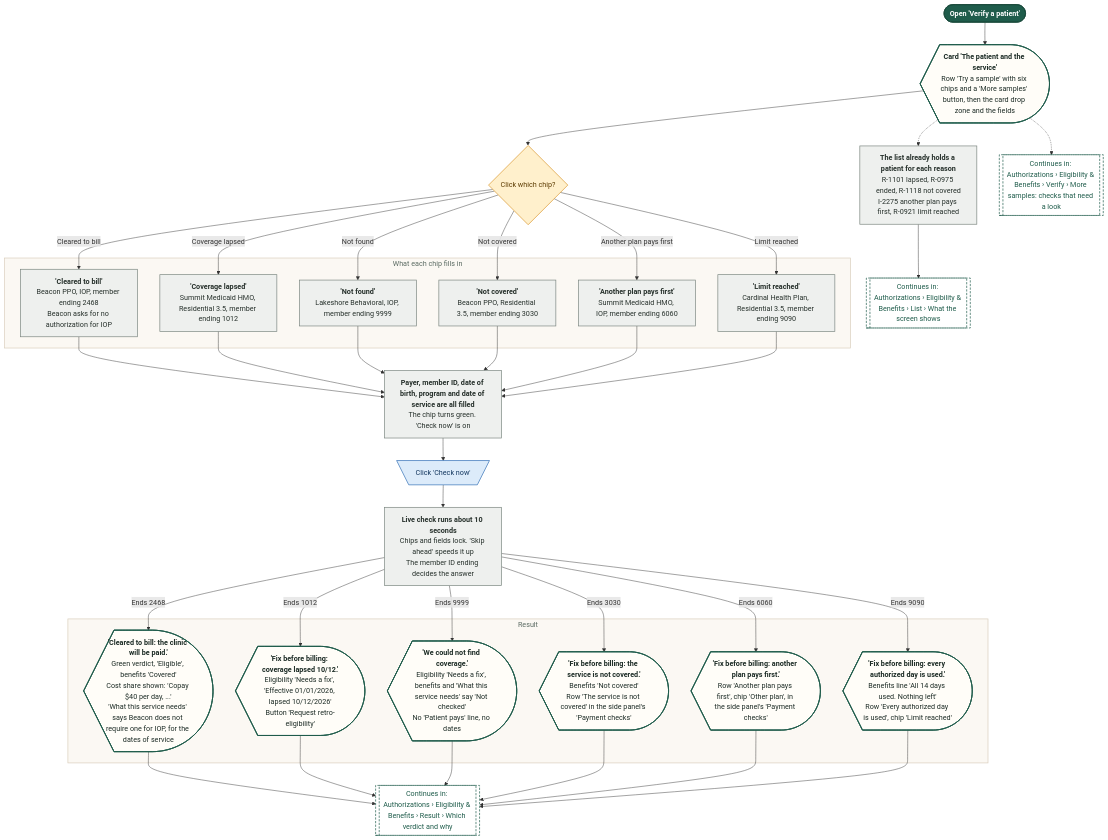
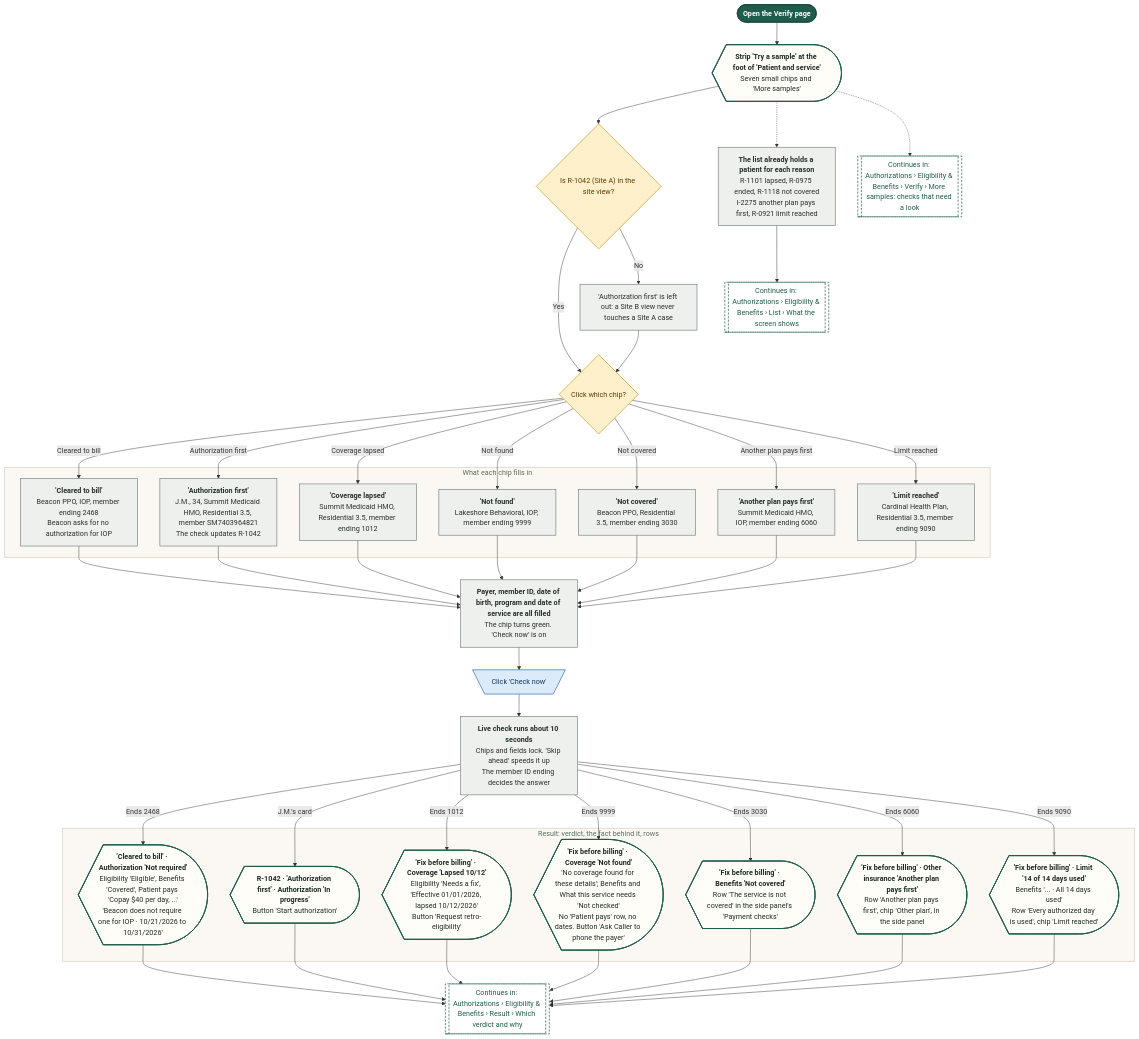
Before and after one commit to Shrav143/psyfloapp: the sixth of 28 diagrams in demos/prior-auth-demo/workflows/out/md/05-eligibility.md, drawn with Mermaid. The commit also changed other lines of this file and 202 other files, not shown here.

First line of the commit message:
docs: round 6 README, CONVENTIONS, spec section 17, diagram module blurbs and 336 rebuilt diagrams

````diff
--- a/demos/prior-auth-demo/workflows/out/md/05-eligibility.md
+++ b/demos/prior-auth-demo/workflows/out/md/05-eligibility.md
@@ -498,71 +416,79 @@
 ```mermaid
 %%{init: {"theme":"base","themeVariables":{"fontFamily":"'DM Sans', 'Segoe UI', system-ui, sans-serif","fontSize":"15px","lineColor":"#5B6B63","primaryTextColor":"#1C2B25","clusterBkg":"#FBF8F3","clusterBorder":"#D9CDBB","edgeLabelBackground":"#FFFFFF"},"flowchart":{"curve":"basis","nodeSpacing":36,"rankSpacing":48,"padding":12,"htmlLabels":true,"useMaxWidth":false,"wrappingWidth":230}} }%%
 flowchart TD
   classDef k_start fill:#1F5C4B,stroke:#174638,color:#FFFFFF,stroke-width:1.5px,font-weight:600
   classDef k_end fill:#DDEFE3,stroke:#2E7D4F,color:#14502F,stroke-width:1.5px,font-weight:600
   classDef k_endx fill:#FBE3E0,stroke:#C0392B,color:#7A1F16,stroke-width:1.5px,font-weight:600
   classDef k_screen fill:#FFFDF8,stroke:#1F5C4B,color:#1C2B25,stroke-width:2px
   classDef k_overlay fill:#F1F7F3,stroke:#1F5C4B,color:#1C2B25,stroke-width:2px,stroke-dasharray:5 3
   classDef k_click fill:#DCEBFA,stroke:#2F6DB5,color:#12365F,stroke-width:1.5px
   classDef k_input fill:#E4E7FF,stroke:#4C5FD5,color:#1D2670,stroke-width:1.5px
   classDef k_process fill:#EEF0EE,stroke:#7A857F,color:#26302B,stroke-width:1.5px
   classDef k_agent fill:#EEE5FA,stroke:#7A4FC2,color:#341A63,stroke-width:1.5px
   classDef k_decision fill:#FFF0CC,stroke:#D9962B,color:#5C3B00,stroke-width:1.5px
   classDef k_store fill:#D5F0EA,stroke:#1C8E7B,color:#0B4A3F,stroke-width:1.5px
   classDef k_doc fill:#F6E9DC,stroke:#B07A4C,color:#4A2E14,stroke-width:1.5px
   classDef k_ext fill:#FFE6D2,stroke:#E07B39,color:#6B2F06,stroke-width:1.5px
   classDef k_wait fill:#E4E8EE,stroke:#6B7C93,color:#26303D,stroke-width:1.5px
   classDef k_toast fill:#FFF9DB,stroke:#C9A400,color:#5A4A00,stroke-width:1.5px
   classDef k_goto fill:#FFFFFF,stroke:#1F5C4B,color:#1F5C4B,stroke-width:1.5px,stroke-dasharray:5 3
-  s1@{ shape: stadium, label: "Open 'Verify a patient'" }
-  sc@{ shape: curv-trap, label: "<b>Card 'The patient and the service'</b><br/>Row 'Try a sample' with six chips and a 'More samples' button, then the card drop zone and the fields" }
+  s1@{ shape: stadium, label: "Open the Verify page" }
+  sc@{ shape: curv-trap, label: "<b>Strip 'Try a sample' at the foot of 'Patient and service'</b><br/>Seven small chips and 'More samples'" }
+  qs@{ shape: diam, label: "Is R-1042 (Site A) in the site view?" }
+  ps@{ shape: rect, label: "'Authorization first' is left out: a Site B view never touches a Site A case" }
   q1@{ shape: diam, label: "Click which chip?" }
   subgraph gPick ["What each chip fills in"]
   p1@{ shape: rect, label: "<b>'Cleared to bill'</b><br/>Beacon PPO, IOP, member ending 2468<br/>Beacon asks for no authorization for IOP" }
+  p0@{ shape: rect, label: "<b>'Authorization first'</b><br/>J.M., 34, Summit Medicaid HMO, Residential 3.5, member SM7403964821<br/>The check updates R-1042" }
   p2@{ shape: rect, label: "<b>'Coverage lapsed'</b><br/>Summit Medicaid HMO, Residential 3.5, member ending 1012" }
   p3@{ shape: rect, label: "<b>'Not found'</b><br/>Lakeshore Behavioral, IOP, member ending 9999" }
   p4@{ shape: rect, label: "<b>'Not covered'</b><br/>Beacon PPO, Residential 3.5, member ending 3030" }
   p5@{ shape: rect, label: "<b>'Another plan pays first'</b><br/>Summit Medicaid HMO, IOP, member ending 6060" }
   p6@{ shape: rect, label: "<b>'Limit reached'</b><br/>Cardinal Health Plan, Residential 3.5, member ending 9090" }
   end
   pf@{ shape: rect, label: "<b>Payer, member ID, date of birth, program and date of service are all filled</b><br/>The chip turns green. 'Check now' is on" }
   c1@{ shape: trap-t, label: "Click 'Check now'" }
   ck@{ shape: rect, label: "<b>Live check runs about 10 seconds</b><br/>Chips and fields lock. 'Skip ahead' speeds it up<br/>The member ID ending decides the answer" }
-  subgraph gRes ["Result"]
-  r1@{ shape: curv-trap, label: "<b>'Cleared to bill: the clinic will be paid.'</b><br/>Green verdict, 'Eligible', benefits 'Covered'<br/>Cost share shown: 'Copay $40 per day, ...'<br/>'What this service needs' says Beacon does not require one for IOP, for the dates of service" }
-  r2@{ shape: curv-trap, label: "<b>'Fix before billing: coverage lapsed 10/12.'</b><br/>Eligibility 'Needs a fix', 'Effective 01/01/2026, lapsed 10/12/2026'<br/>Button 'Request retro-eligibility'" }
-  r3@{ shape: curv-trap, label: "<b>'We could not find coverage.'</b><br/>Eligibility 'Needs a fix', benefits and 'What this service needs' say 'Not checked'<br/>No 'Patient pays' line, no dates" }
-  r4@{ shape: curv-trap, label: "<b>'Fix before billing: the service is not covered.'</b><br/>Benefits 'Not covered'<br/>Row 'The service is not covered' in the side panel's 'Payment checks'" }
-  r5@{ shape: curv-trap, label: "<b>'Fix before billing: another plan pays first.'</b><br/>Row 'Another plan pays first', chip 'Other plan', in the side panel's 'Payment checks'" }
-  r6@{ shape: curv-trap, label: "<b>'Fix before billing: every authorized day is used.'</b><br/>Benefits line 'All 14 days used. Nothing left'<br/>Row 'Every authorized day is used', chip 'Limit reached'" }
+  subgraph gRes ["Result: verdict, the fact behind it, rows"]
+  r1@{ shape: curv-trap, label: "<b>'Cleared to bill' · Authorization 'Not required'</b><br/>Eligibility 'Eligible', Benefits 'Covered', Patient pays 'Copay $40 per day, ...'<br/>'Beacon does not require one for IOP · 10/21/2026 to 10/31/2026'" }
+  r0@{ shape: curv-trap, label: "<b>R-1042 · 'Authorization first' · Authorization 'In progress'</b><br/>Button 'Start authorization'" }
+  r2@{ shape: curv-trap, label: "<b>'Fix before billing' · Coverage 'Lapsed 10/12'</b><br/>Eligibility 'Needs a fix', 'Effective 01/01/2026, lapsed 10/12/2026'<br/>Button 'Request retro-eligibility'" }
+  r3@{ shape: curv-trap, label: "<b>'Fix before billing' · Coverage 'Not found'</b><br/>'No coverage found for these details'; Benefits and What this service needs 'Not checked'<br/>No 'Patient pays' row, no dates. Button 'Ask Caller to phone the payer'" }
+  r4@{ shape: curv-trap, label: "<b>'Fix before billing' · Benefits 'Not covered'</b><br/>Row 'The service is not covered' in the side panel's 'Payment checks'" }
+  r5@{ shape: curv-trap, label: "<b>'Fix before billing' · Other insurance 'Another plan pays first'</b><br/>Row 'Another plan pays first', chip 'Other plan', in the side panel" }
+  r6@{ shape: curv-trap, label: "<b>'Fix before billing' · Limit '14 of 14 days used'</b><br/>Benefits '... · All 14 days used'<br/>Row 'Every authorized day is used', chip 'Limit reached'" }
   end
   sd@{ shape: rect, label: "<b>The list already holds a patient for each reason</b><br/>R-1101 lapsed, R-0975 ended, R-1118 not covered<br/>I-2275 another plan pays first, R-0921 limit reached" }
   g1@{ shape: subproc, label: "Continues in: Authorizations › Eligibility & Benefits › Result › Which verdict and why" }
   g2@{ shape: subproc, label: "Continues in: Authorizations › Eligibility & Benefits › List › What the screen shows" }
   g3@{ shape: subproc, label: "Continues in: Authorizations › Eligibility & Benefits › Verify › More samples: checks that need a look" }
-  s1 --> sc --> q1
+  s1 --> sc --> qs
+  qs -->|"Yes"| q1
+  qs -->|"No"| ps --> q1
   q1 -->|"Cleared to bill"| p1 --> pf
+  q1 -->|"Authorization first"| p0 --> pf
   q1 -->|"Coverage lapsed"| p2 --> pf
   q1 -->|"Not found"| p3 --> pf
   q1 -->|"Not covered"| p4 --> pf
   q1 -->|"Another plan pays first"| p5 --> pf
   q1 -->|"Limit reached"| p6 --> pf
   pf --> c1 --> ck
   ck -->|"Ends 2468"| r1
+  ck -->|"J.M.'s card"| r0
   ck -->|"Ends 1012"| r2
   ck -->|"Ends 9999"| r3
   ck -->|"Ends 3030"| r4
   ck -->|"Ends 6060"| r5
   ck -->|"Ends 9090"| r6
-  r1 & r2 & r3 & r4 & r5 & r6 --> g1
+  r1 & r0 & r2 & r3 & r4 & r5 & r6 --> g1
   sc -.-> sd --> g2
   sc -.-> g3
   class s1 k_start
-  class sc,r1,r2,r3,r4,r5,r6 k_screen
-  class q1 k_decision
-  class p1,p2,p3,p4,p5,p6,pf,ck,sd k_process
+  class sc,r1,r0,r2,r3,r4,r5,r6 k_screen
+  class qs,q1 k_decision
+  class ps,p1,p0,p2,p3,p4,p5,p6,pf,ck,sd k_process
   class c1 k_click
   class g1,g2,g3 k_goto
   style gPick fill:#FBF8F3,stroke:#D9CDBB,stroke-width:1.5px,color:#5B6B63
   style gRes fill:#FBF8F3,stroke:#D9CDBB,stroke-width:1.5px,color:#5B6B63
 ```
````
